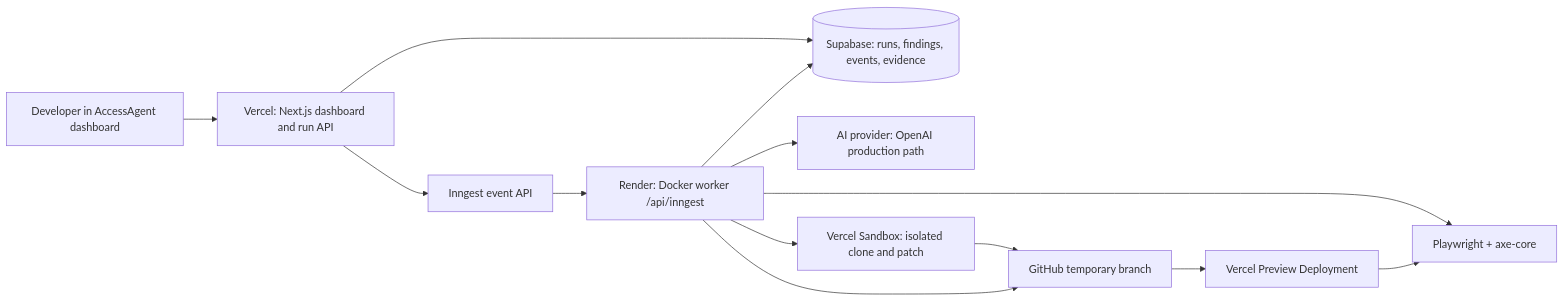
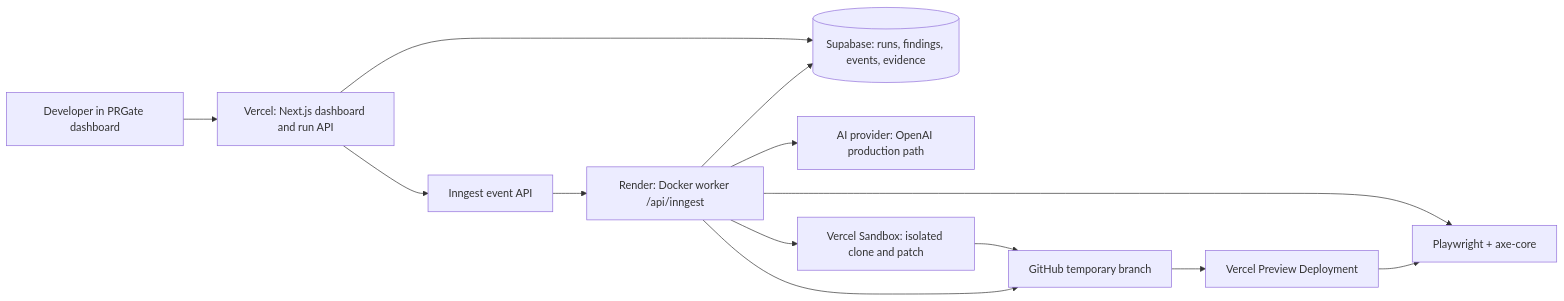
One commit to git791/Access-Agent changed the diagram in README.md. Above: the diagram before and after it, drawn with Mermaid. The commit also changed other lines of this file, not shown here.

````diff
--- a/README.md
+++ b/README.md
@@ -65,15 +65,15 @@
 ```mermaid
 flowchart LR
-  U[Developer in AccessAgent dashboard] --> V[Vercel: Next.js dashboard and run API]
+  U[Developer in PRGate dashboard] --> V[Vercel: Next.js dashboard and run API]
   V --> S[(Supabase: runs, findings, events, evidence)]
   V --> E[Inngest event API]
   E --> R[Render: Docker worker /api/inngest]
   R --> B[Playwright + axe-core]
   R --> A[AI provider: OpenAI production path]
   R --> X[Vercel Sandbox: isolated clone and patch]
   X --> G[GitHub temporary branch]
   G --> P[Vercel Preview Deployment]
   P --> B
   R --> S
   R --> G
 ```
````
